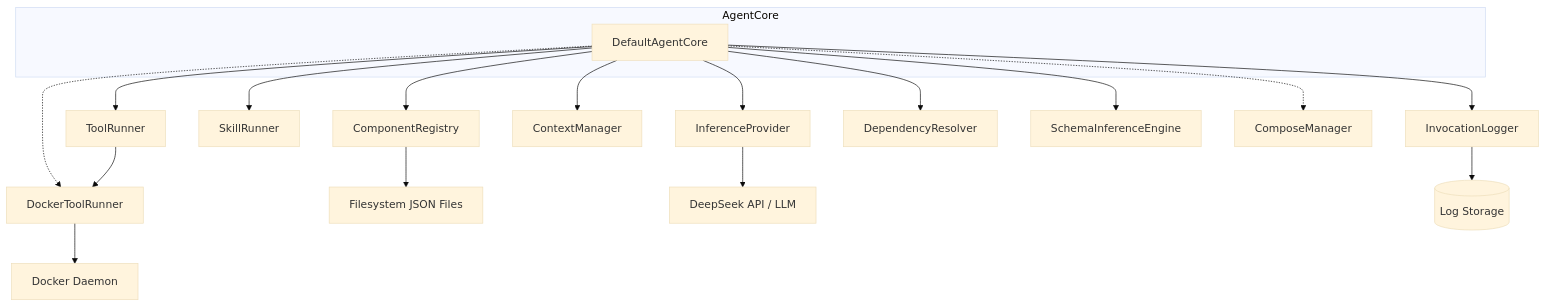
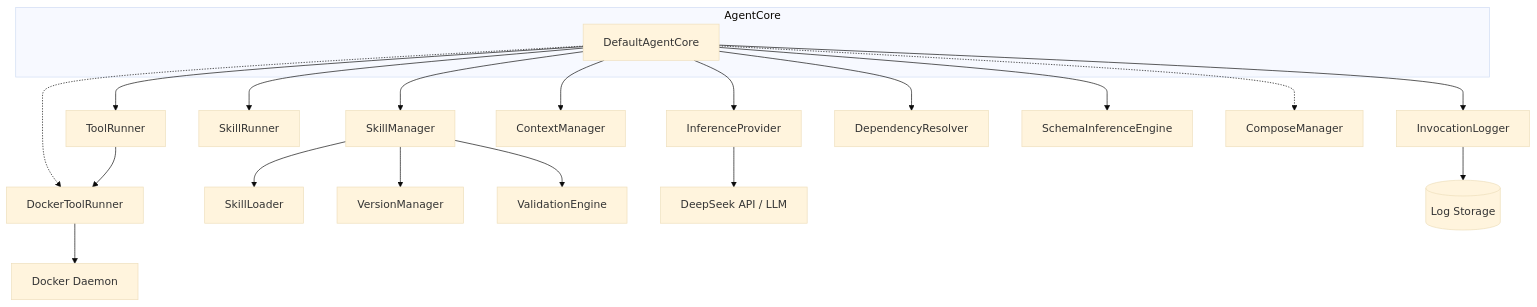
Before and after one commit to opensassi/a0: the first of 2 diagrams in src/agent_core.spec.md, drawn with Mermaid (base theme). The commit also changed other lines of this file and 40 other files, not shown here.

````diff
--- a/src/agent_core.spec.md
+++ b/src/agent_core.spec.md
@@ -73,23 +73,25 @@
 ```mermaid
 graph TB
     subgraph AgentCore
         AC[DefaultAgentCore]
     end
 
-    AC --> CR[ComponentRegistry]
+    AC --> SM[SkillManager]
     AC --> TR[ToolRunner]
     AC --> SR[SkillRunner]
     AC --> IP[InferenceProvider]
     AC --> CM[ContextManager]
     AC --> IL[InvocationLogger]
     AC --> DR[DependencyResolver]
     AC --> SIE[SchemaInferenceEngine]
     AC -.-> DTR[DockerToolRunner]
     AC -.-> CPM[ComposeManager]
 
-    CR --> FS[Filesystem JSON Files]
+    SM --> SL[SkillLoader]
+    SM --> VM[VersionManager]
+    SM --> VE[ValidationEngine]
     TR --> DTR
     DTR --> DC[Docker Daemon]
     IP --> LLM[DeepSeek API / LLM]
     IL --> DB[(Log Storage)]
 ```
````
